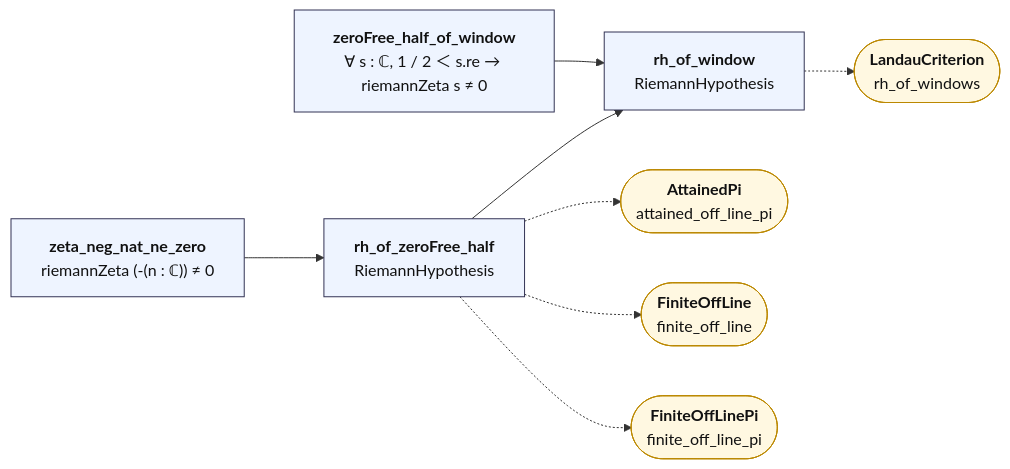
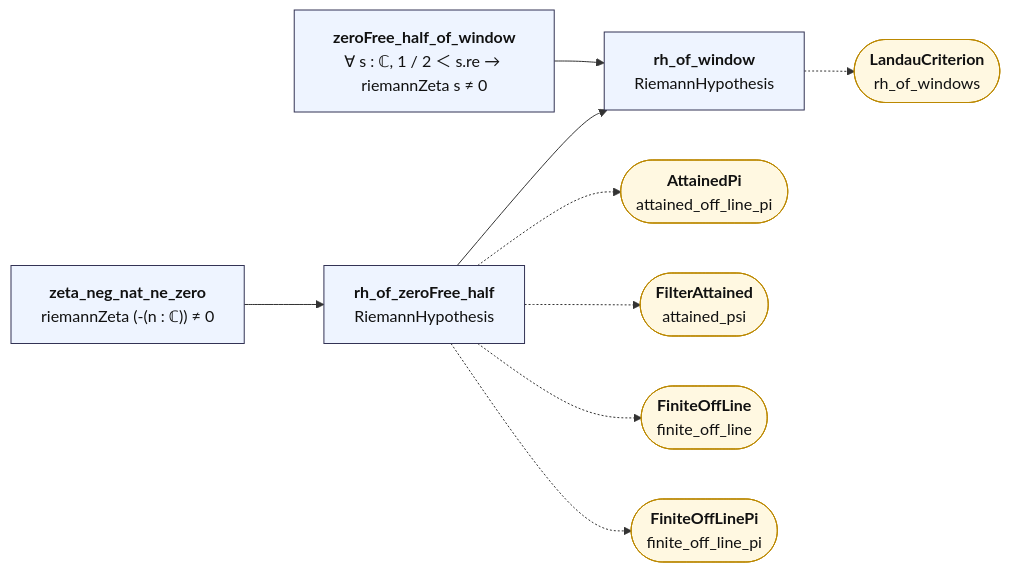
One commit to juliansambranojr/Primebeat_081426 changed the diagram in map/lean_stage3/LandauWindow.mmd. Above: the diagram before and after it, drawn with Mermaid. The commit also changed 36 other files, not shown here.

First line of the commit message:
Block S2: a rate attained under some filter contradicts the ladder bound (unit 0467)

```diff
--- a/map/lean_stage3/LandauWindow.mmd
+++ b/map/lean_stage3/LandauWindow.mmd
@@ -1,24 +1,26 @@
 flowchart LR
   n0["<b>zeta_neg_nat_ne_zero</b><br/>riemannZeta (-(n : ℂ)) ≠ 0"]:::thm
   n1["<b>rh_of_zeroFree_half</b><br/>RiemannHypothesis"]:::thm
   n2["<b>zeroFree_half_of_window</b><br/>∀ s : ℂ, 1 / 2 ＜ s.re → riemannZeta s ≠ 0"]:::thm
   n3["<b>rh_of_window</b><br/>RiemannHypothesis"]:::thm
   x0(["<b>AttainedPi</b><br/>attained_off_line_pi"]):::ext
-  x1(["<b>FiniteOffLine</b><br/>finite_off_line"]):::ext
-  x2(["<b>FiniteOffLinePi</b><br/>finite_off_line_pi"]):::ext
-  x3(["<b>LandauCriterion</b><br/>rh_of_windows"]):::ext
+  x1(["<b>FilterAttained</b><br/>attained_psi"]):::ext
+  x2(["<b>FiniteOffLine</b><br/>finite_off_line"]):::ext
+  x3(["<b>FiniteOffLinePi</b><br/>finite_off_line_pi"]):::ext
+  x4(["<b>LandauCriterion</b><br/>rh_of_windows"]):::ext
   n0 --> n1
   n1 --> n3
   n2 --> n3
   n1 -.-> x0
   n1 -.-> x1
   n1 -.-> x2
-  n3 -.-> x3
+  n1 -.-> x3
+  n3 -.-> x4
   classDef cnt fill:#dff5ec,stroke:#17694a,color:#111
   classDef shp fill:#f1ecfb,stroke:#5b3fa0,color:#111
   classDef rh fill:#ffe5e5,stroke:#c22,color:#111,stroke-width:2px
   classDef thm fill:#eef4ff,stroke:#335,color:#111
   classDef end_ fill:#e7f7e7,stroke:#2a7,color:#111,stroke-width:2px
   classDef lone fill:#fff,stroke:#999,color:#111,stroke-dasharray:4 3
   classDef bad fill:#ffe5e5,stroke:#c22,color:#111,stroke-width:2px
   classDef ext fill:#fff8e1,stroke:#b80,color:#111
```
